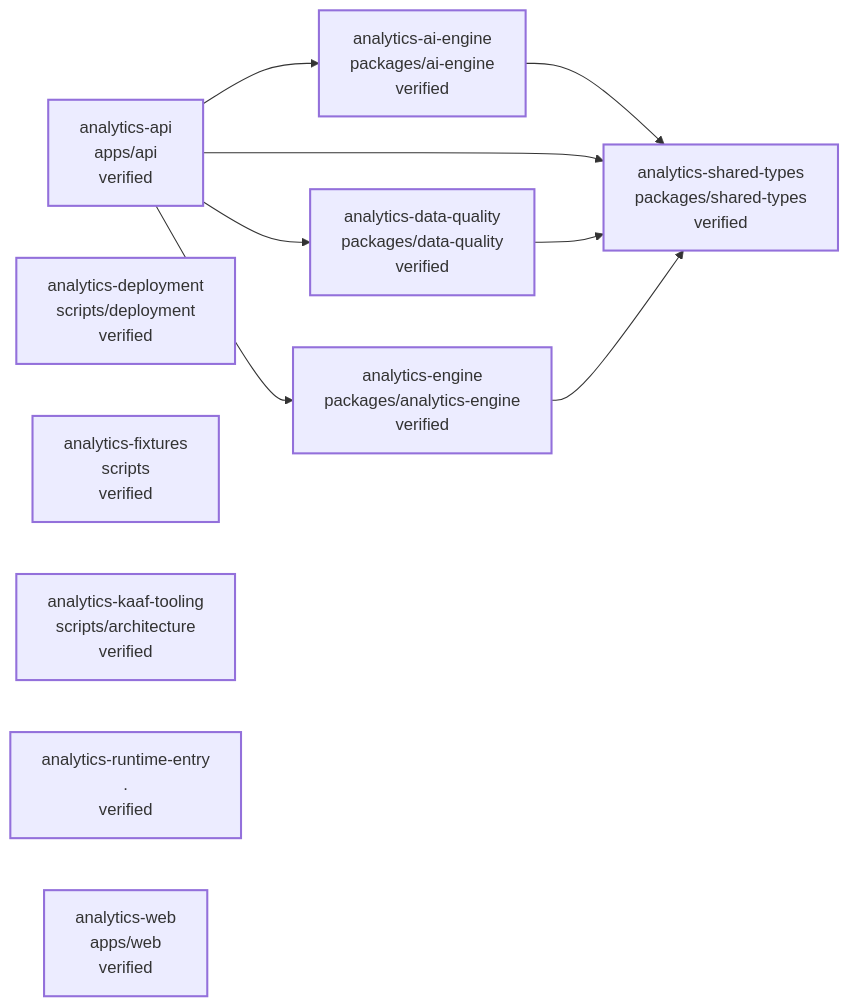
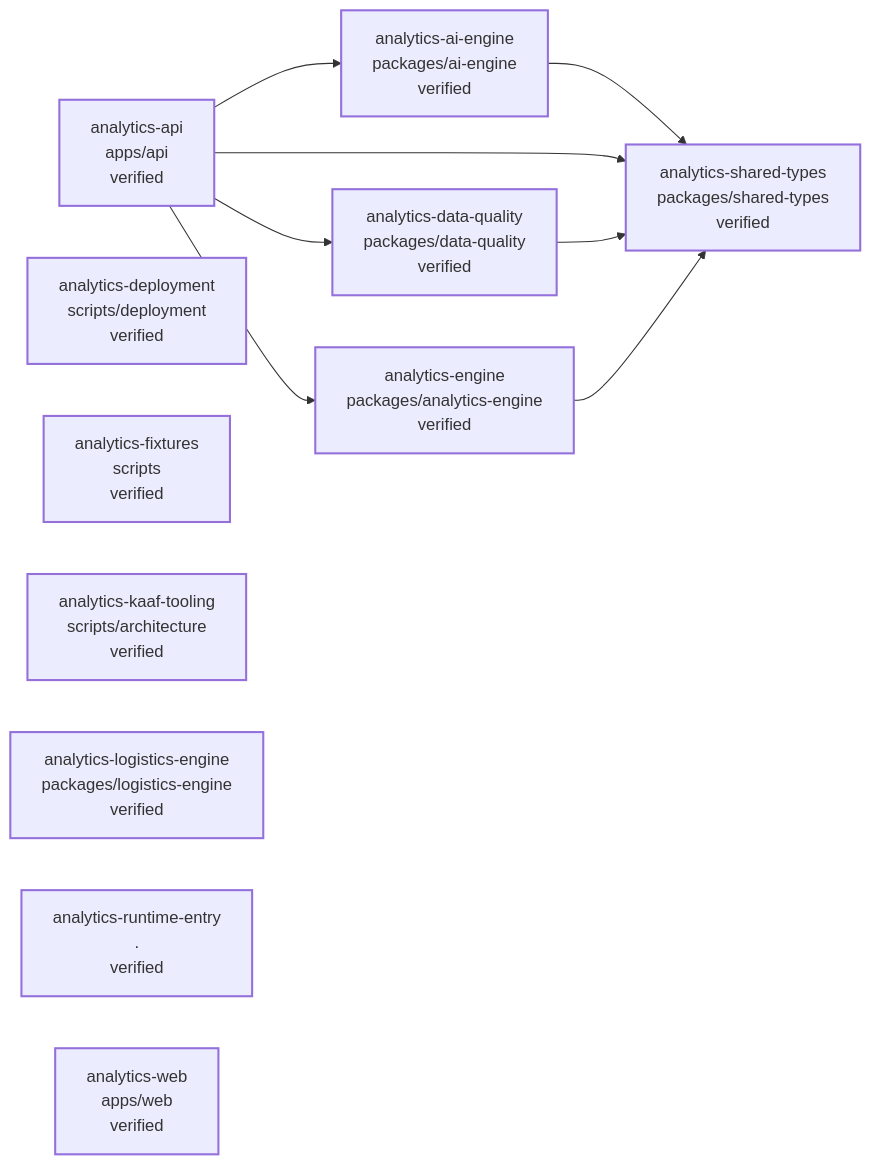
The diagram in .ai/diagrams/container.md (Islamce/kynox-inventory-analytics), drawn with Mermaid before and after one commit. The commit also changed other lines of this file and 18 other files, not shown here.

Commit message:
chore(kaaf): register logistics engine module

````diff
--- a/.ai/diagrams/container.md
+++ b/.ai/diagrams/container.md
@@ -7,30 +7,32 @@
 ```mermaid
 graph LR
   analytics_ai_engine["analytics-ai-engine<br/>packages/ai-engine<br/>verified"]
   analytics_api["analytics-api<br/>apps/api<br/>verified"]
   analytics_data_quality["analytics-data-quality<br/>packages/data-quality<br/>verified"]
   analytics_deployment["analytics-deployment<br/>scripts/deployment<br/>verified"]
   analytics_engine["analytics-engine<br/>packages/analytics-engine<br/>verified"]
   analytics_fixtures["analytics-fixtures<br/>scripts<br/>verified"]
   analytics_kaaf_tooling["analytics-kaaf-tooling<br/>scripts/architecture<br/>verified"]
+  analytics_logistics_engine["analytics-logistics-engine<br/>packages/logistics-engine<br/>verified"]
   analytics_runtime_entry["analytics-runtime-entry<br/>.<br/>verified"]
   analytics_shared_types["analytics-shared-types<br/>packages/shared-types<br/>verified"]
   analytics_web["analytics-web<br/>apps/web<br/>verified"]
   analytics_ai_engine --> analytics_shared_types
   analytics_api --> analytics_ai_engine
   analytics_api --> analytics_data_quality
   analytics_api --> analytics_engine
   analytics_api --> analytics_shared_types
   analytics_data_quality --> analytics_shared_types
   analytics_engine --> analytics_shared_types
   style analytics_ai_engine stroke-width:2px
   style analytics_api stroke-width:2px
   style analytics_data_quality stroke-width:2px
   style analytics_deployment stroke-width:2px
   style analytics_engine stroke-width:2px
   style analytics_fixtures stroke-width:2px
   style analytics_kaaf_tooling stroke-width:2px
+  style analytics_logistics_engine stroke-width:2px
   style analytics_runtime_entry stroke-width:2px
   style analytics_shared_types stroke-width:2px
   style analytics_web stroke-width:2px
 ```
````
